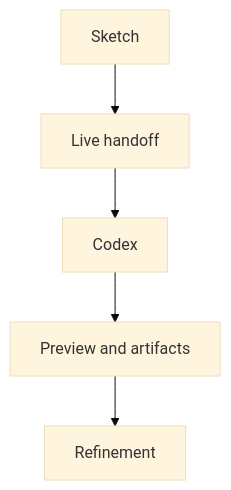
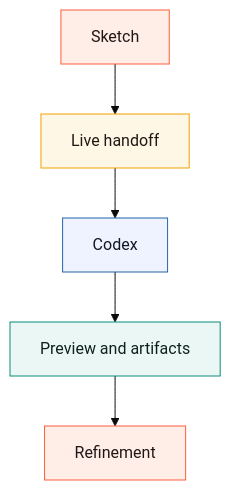
Before and after one commit to varshneydevansh/Canvax: the second of 2 diagrams in docs/upstream-proposal.md, drawn with Mermaid (base theme). The commit also changed other lines of this file and 24 other files, not shown here.

````diff
--- a/docs/upstream-proposal.md
+++ b/docs/upstream-proposal.md
@@ -65,7 +76,16 @@
 ```mermaid
 flowchart TD
     A[Sketch] --> B[Live handoff]
     B --> C[Codex]
     C --> D[Preview and artifacts]
     D --> E[Refinement]
+
+    classDef sketch fill:#ffede8,stroke:#ff5d3a,color:#211815;
+    classDef handoff fill:#fff7e6,stroke:#f0a202,color:#211815;
+    classDef codex fill:#eef3ff,stroke:#2364aa,color:#101828;
+    classDef output fill:#eaf7f5,stroke:#0c8d7b,color:#10201d;
+    class A,E sketch;
+    class B handoff;
+    class C codex;
+    class D output;
 ```
````
